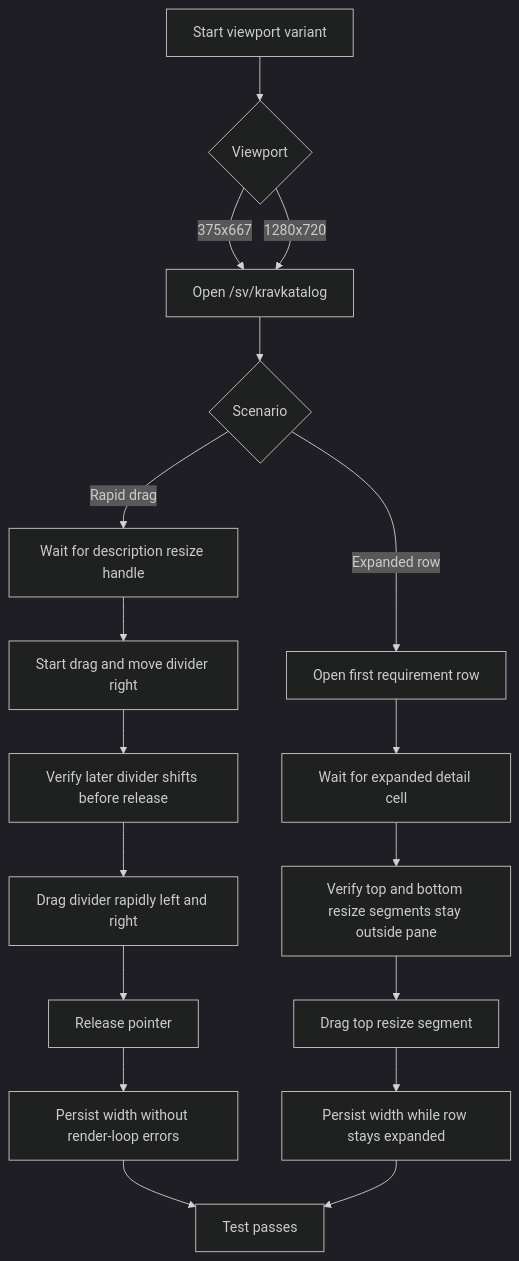
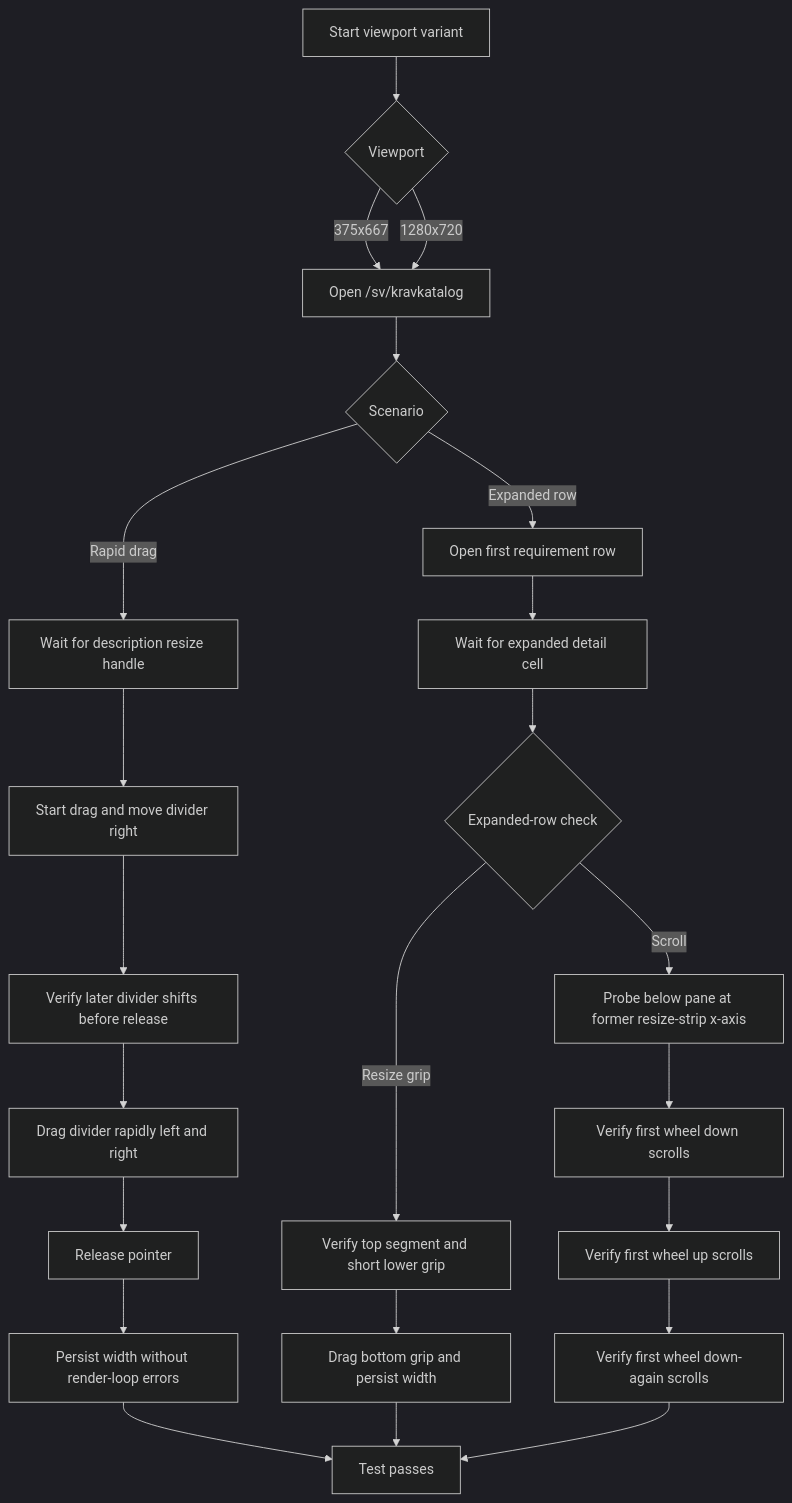
One commit to viscalyx/Kravhantering changed the first of 4 diagrams in tests/integration/requirements-table-resize.md. Above: the diagram before and after it, drawn with Mermaid (dark theme). The commit also changed other lines of this file and 3 other files, not shown here.

Commit message:
refactor: cap lower grip height and enhance resize handle behavior in RequirementsTable

````diff
--- a/tests/integration/requirements-table-resize.md
+++ b/tests/integration/requirements-table-resize.md
@@ -32,20 +34,25 @@
 ```mermaid
 flowchart TD
     A[Start viewport variant] --> B{Viewport}
     B -- 375x667 --> C[Open /sv/kravkatalog]
     B -- 1280x720 --> C
     C --> D{Scenario}
     D -- Rapid drag --> E[Wait for description resize handle]
     E --> F[Start drag and move divider right]
     F --> G[Verify later divider shifts before release]
     G --> H[Drag divider rapidly left and right]
     H --> I[Release pointer]
     I --> J[Persist width without render-loop errors]
     D -- Expanded row --> K[Open first requirement row]
     K --> L[Wait for expanded detail cell]
-    L --> M[Verify top and bottom resize segments stay outside pane]
-    M --> N[Drag top resize segment]
-    N --> O[Persist width while row stays expanded]
+    L --> M{Expanded-row check}
+    M -- Resize grip --> N[Verify top segment and short lower grip]
+    N --> O[Drag bottom grip and persist width]
+    M -- Scroll --> Q[Probe below pane at former resize-strip x-axis]
+    Q --> R[Verify first wheel down scrolls]
+    R --> S[Verify first wheel up scrolls]
+    S --> T[Verify first wheel down-again scrolls]
     J --> P[Test passes]
     O --> P
+    T --> P
 ```
````
